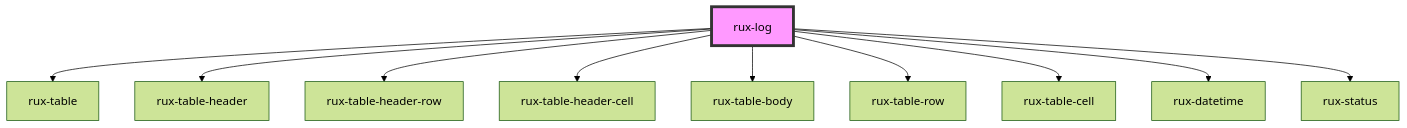
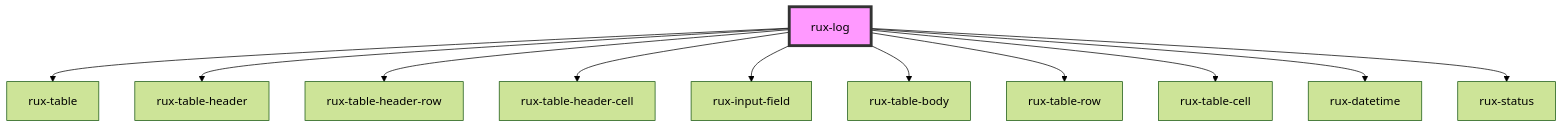
The diagram in packages/astro-components-stencil/src/components/rux-log/readme.md (RocketCommunicationsInc/astro), drawn with Mermaid (forest theme) before and after one commit. The commit also changed other lines of this file and 10 other files, not shown here.

````diff
--- a/packages/astro-components-stencil/src/components/rux-log/readme.md
+++ b/packages/astro-components-stencil/src/components/rux-log/readme.md
@@ -120,13 +121,14 @@
 ```mermaid
 graph TD;
   rux-log --> rux-table
   rux-log --> rux-table-header
   rux-log --> rux-table-header-row
   rux-log --> rux-table-header-cell
+  rux-log --> rux-input-field
   rux-log --> rux-table-body
   rux-log --> rux-table-row
   rux-log --> rux-table-cell
   rux-log --> rux-datetime
   rux-log --> rux-status
   style rux-log fill:#f9f,stroke:#333,stroke-width:4px
 ```
````
